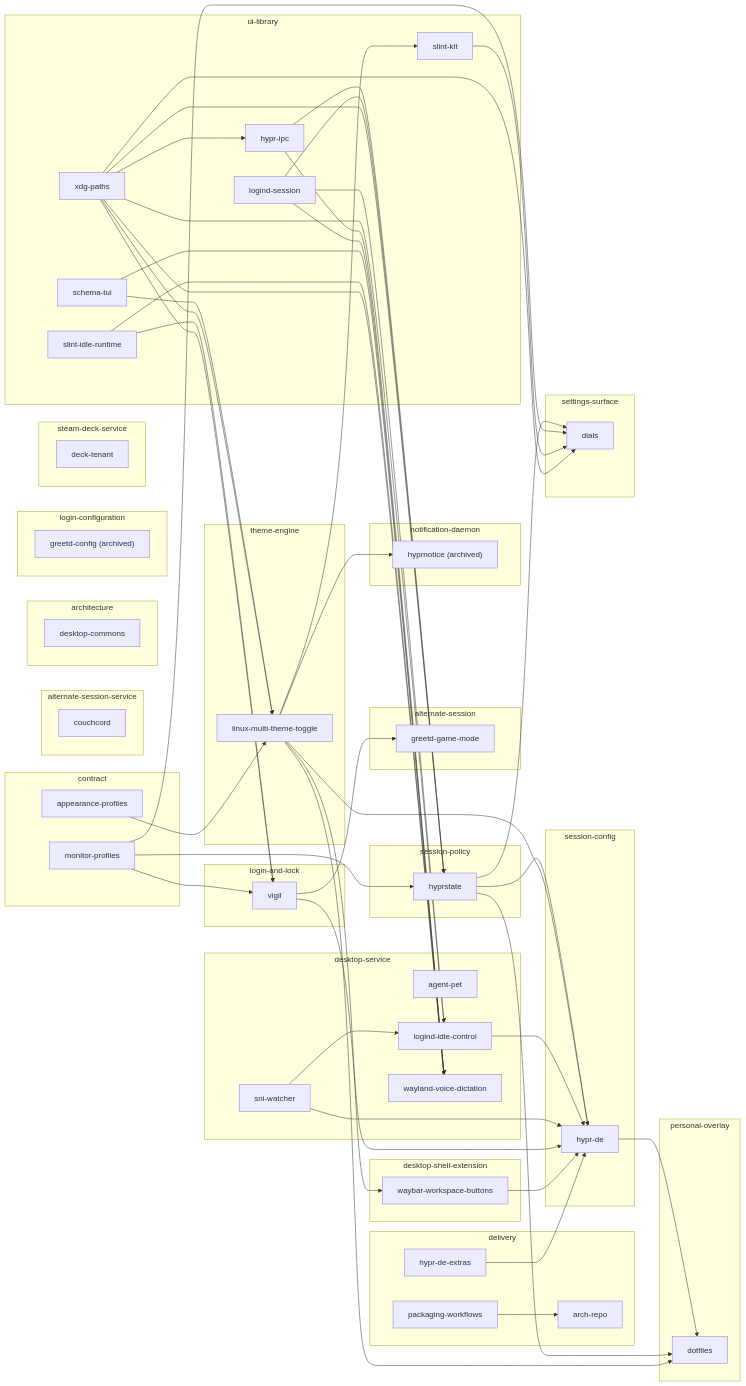
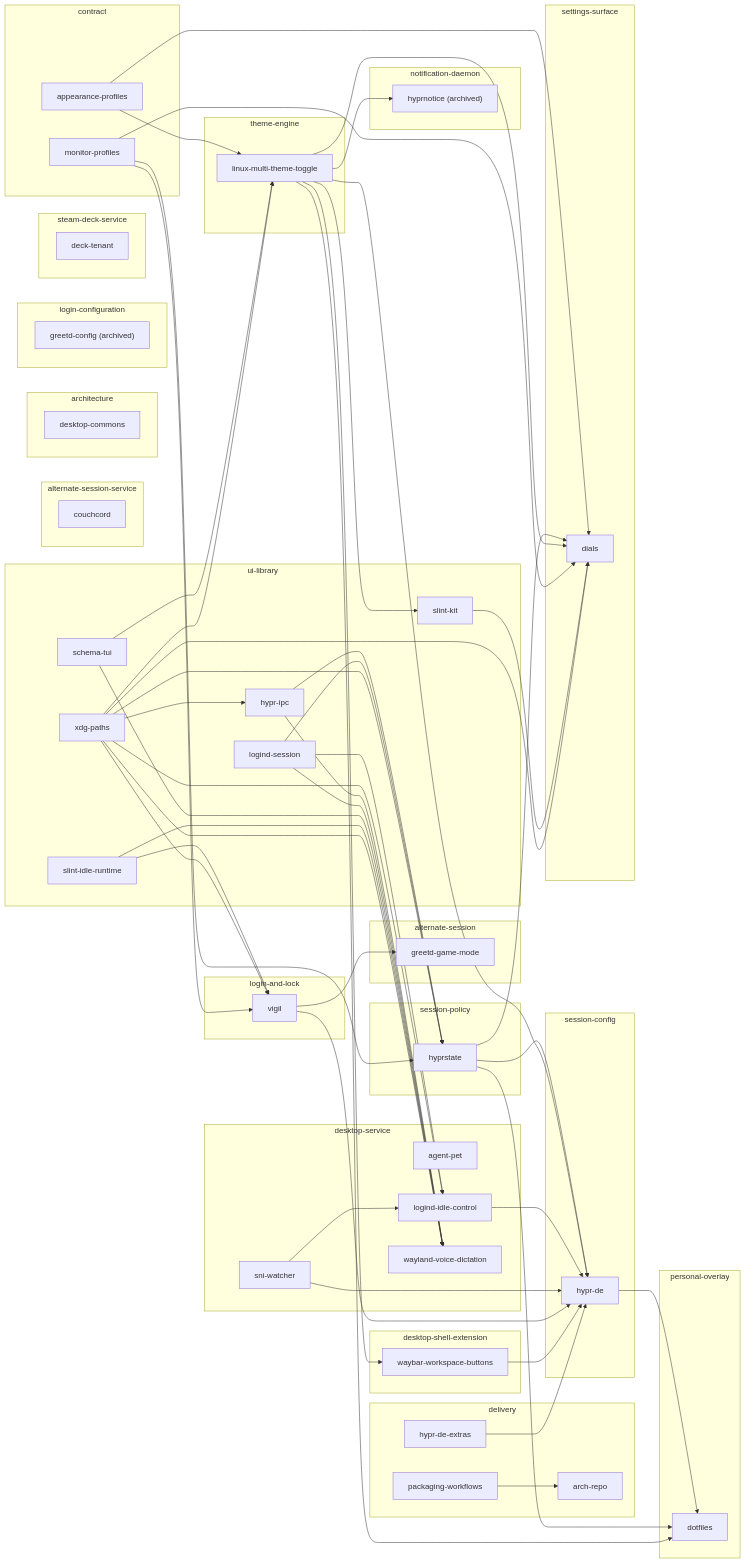
Before and after one commit to MasonRhodesDev/desktop-commons: the diagram in docs/ECOSYSTEM.md, drawn with Mermaid. The commit also changed other lines of this file and 7 other files, not shown here.

```diff
--- a/docs/ECOSYSTEM.md
+++ b/docs/ECOSYSTEM.md
@@ -69,7 +69,9 @@
         repo_xdg_paths["xdg-paths"]
     end
     repo_packaging_workflows --> repo_arch_repo
+    repo_appearance_profiles --> repo_dials
     repo_hyprstate --> repo_dials
+    repo_linux_multi_theme_toggle --> repo_dials
     repo_monitor_profiles --> repo_dials
     repo_slint_kit --> repo_dials
     repo_xdg_paths --> repo_dials
```
